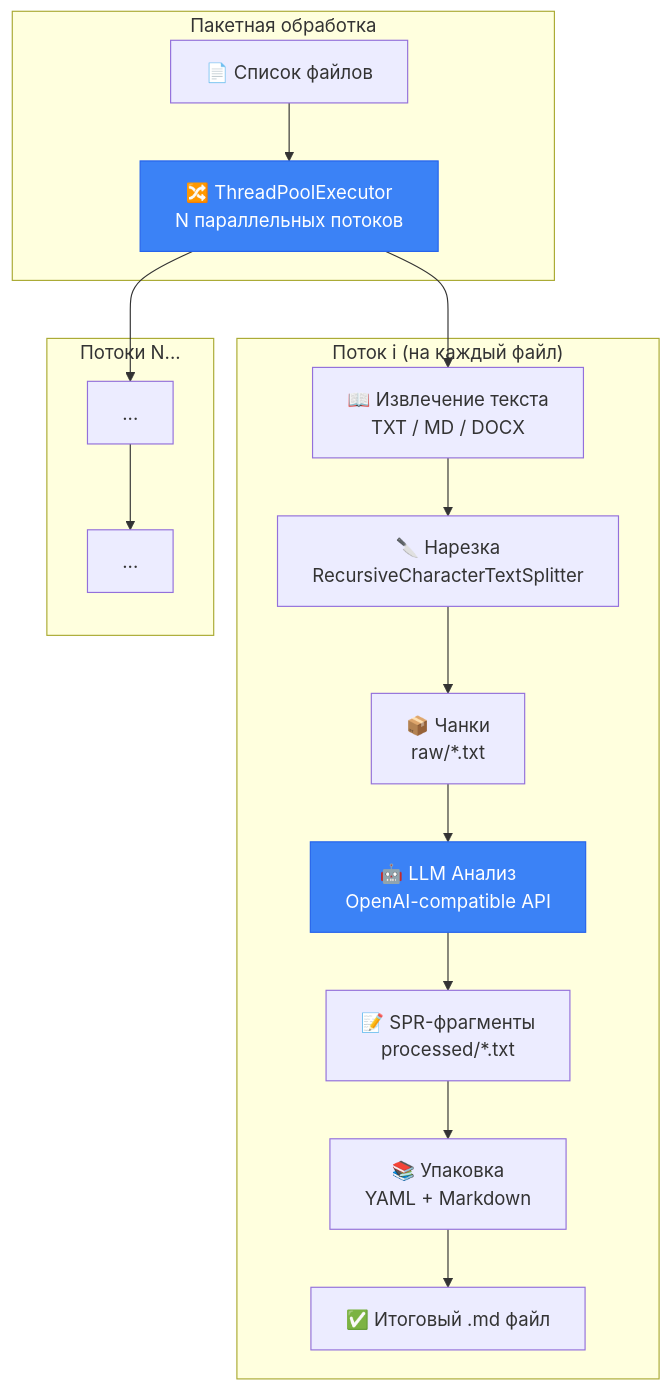
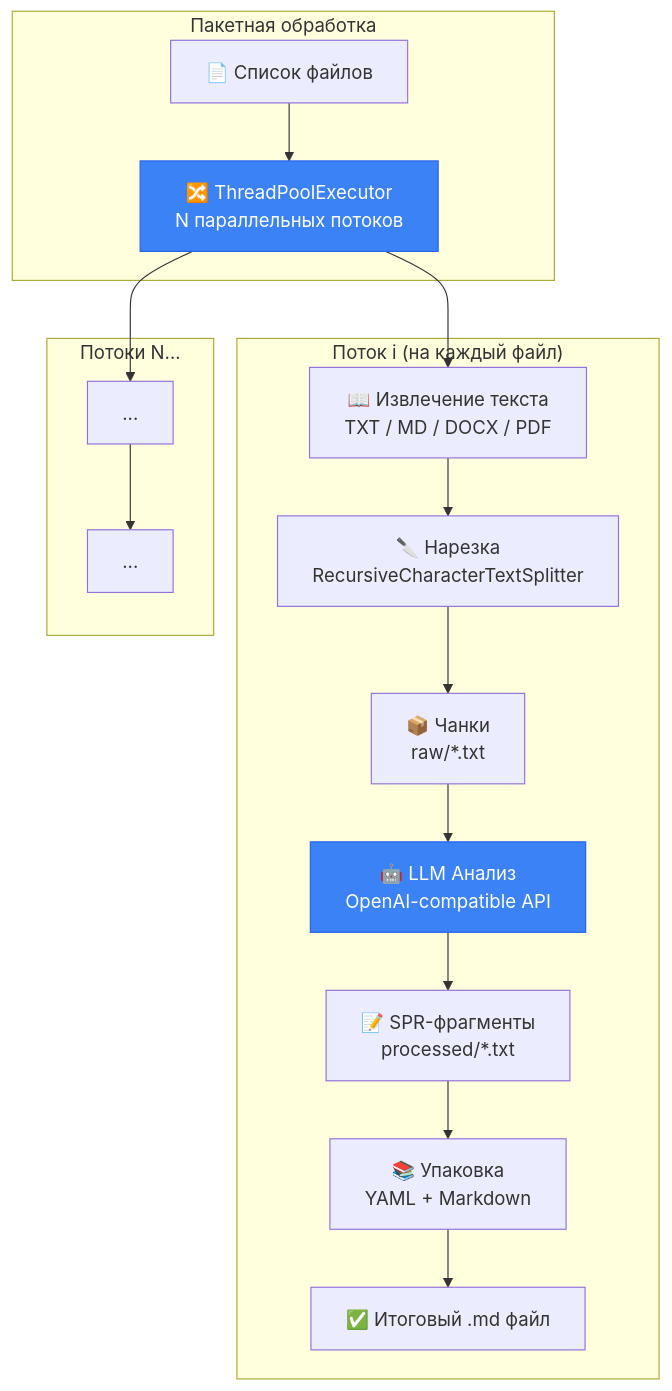
The diagram in README.md (Haonir/SimpleETL), drawn with Mermaid before and after one commit. The commit also changed other lines of this file and 3 other files, not shown here.

````diff
--- a/README.md
+++ b/README.md
@@ -67,24 +68,24 @@
 ```mermaid
 graph TD
     subgraph Пакетная обработка
         A[📄 Список файлов] --> B[🔀 ThreadPoolExecutor<br>N параллельных потоков]
     end
 
     subgraph "Поток i (на каждый файл)"
-        B --> C1[📖 Извлечение текста<br>TXT / MD / DOCX]
+        B --> C1[📖 Извлечение текста<br>TXT / MD / DOCX / PDF]
         C1 --> D1[🔪 Нарезка<br>RecursiveCharacterTextSplitter]
         D1 --> E1[📦 Чанки<br>raw/*.txt]
         E1 --> F1[🤖 LLM Анализ<br>OpenAI-compatible API]
         F1 --> G1[📝 SPR-фрагменты<br>processed/*.txt]
         G1 --> H1[📚 Упаковка<br>YAML + Markdown]
         H1 --> I1[✅ Итоговый .md файл]
     end
 
     subgraph Потоки N...
         B --> C2["..."]
         C2 --> I2["..."]
     end
 
     style B fill:#3b82f6,stroke:#2563eb,color:#fff
     style F1 fill:#3b82f6,stroke:#2563eb,color:#fff
 ```
````
